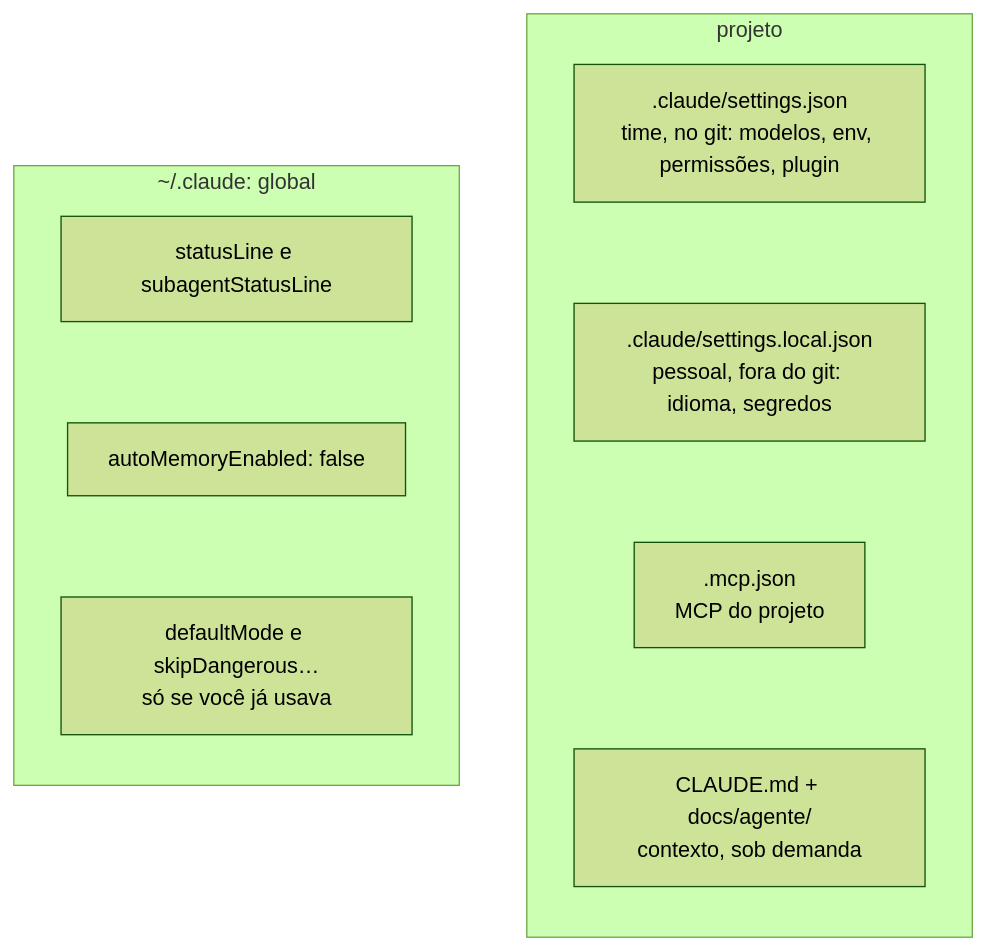
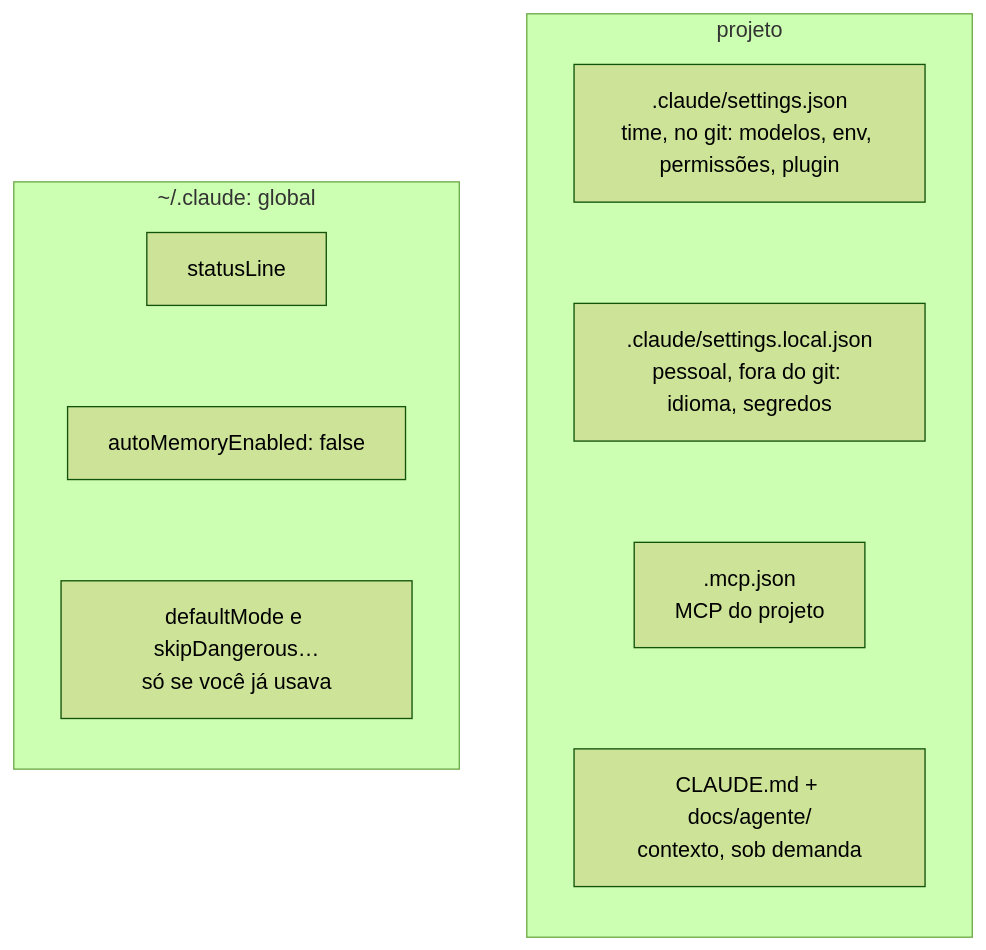
One commit to Kortek-Tecnologia/claude-padrao changed the fifth of 5 diagrams in README.md. Above: the diagram before and after it, drawn with Mermaid (forest theme). The commit also changed other lines of this file and 11 other files, not shown here.

````diff
--- a/README.md
+++ b/README.md
@@ -218,19 +223,19 @@
 ```mermaid
 flowchart LR
   subgraph G["~/.claude: global"]
     direction TB
-    g1["statusLine e subagentStatusLine"]
+    g1["statusLine"]
     g2["autoMemoryEnabled: false"]
     g3["defaultMode e skipDangerous…<br/>só se você já usava"]
     g1 ~~~ g2 ~~~ g3
   end
   subgraph P["projeto"]
     direction TB
     p1[".claude/settings.json<br/>time, no git: modelos, env, permissões, plugin"]
     p2[".claude/settings.local.json<br/>pessoal, fora do git: idioma, segredos"]
     p3[".mcp.json<br/>MCP do projeto"]
     p4["CLAUDE.md + docs/agente/<br/>contexto, sob demanda"]
     p1 ~~~ p2 ~~~ p3 ~~~ p4
   end
   G ~~~ P
 ```
````
